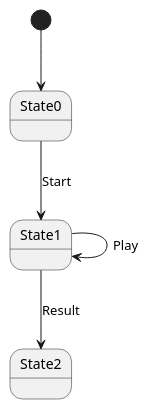
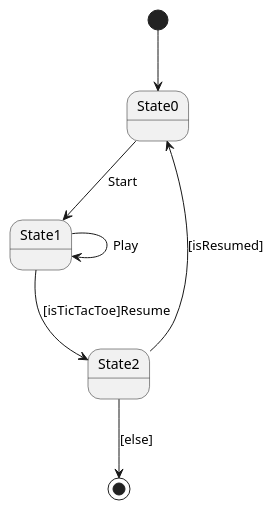
The second of 2 diagrams in src/docs/asciidoc/index.adoc (x-USantaTecla-game-ticTacToe/requirements), drawn with PlantUML before and after one commit. The commit also changed other lines of this file and 5 other files, not shown here.

```diff
--- a/src/docs/asciidoc/index.adoc
+++ b/src/docs/asciidoc/index.adoc
@@ -52,8 +52,10 @@
 [plantuml,diagramaContexto,svg]
 ....
 
 [*] --> State0
 State0 --> State1 : Start
 State1 --> State1 : Play
-State1 --> State2 : Result
+State1 --> State2 : [isTicTacToe]Resume
+State2 --> State0 : [isResumed]
+State2 --> [*] : [else]
 ....
```
